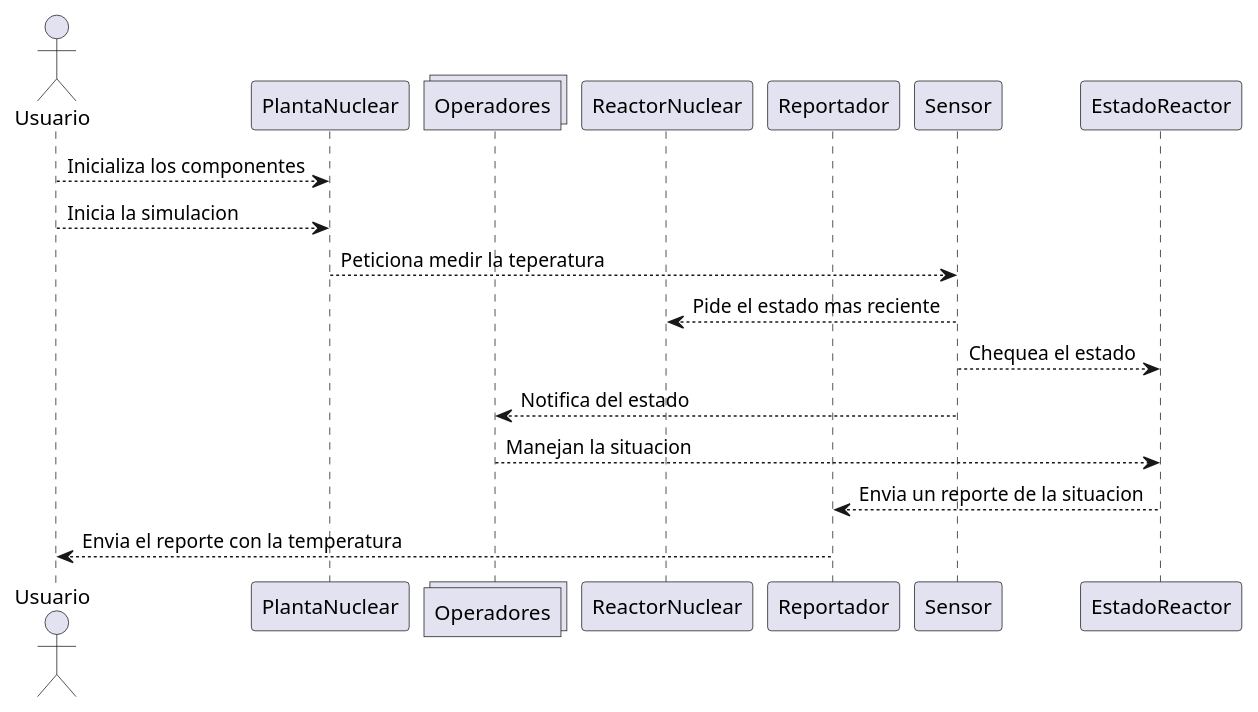
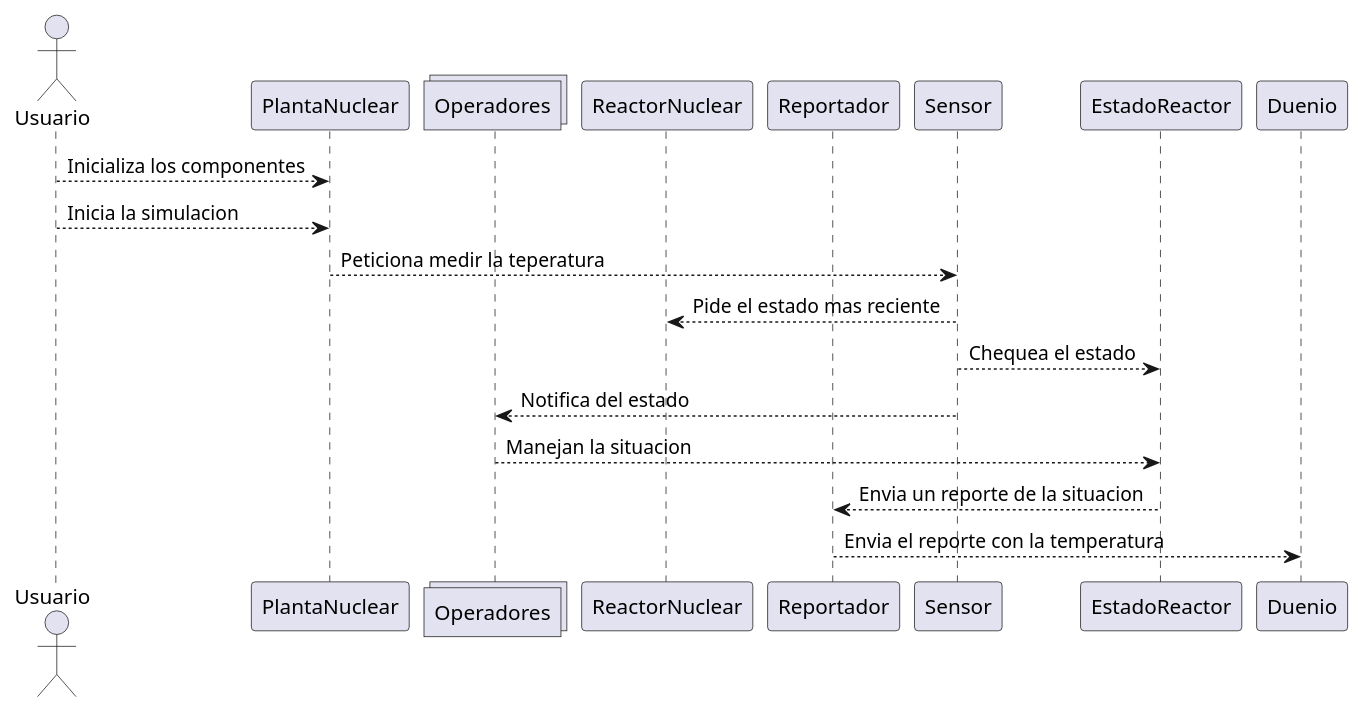
One commit to AndresRabbione/TPBackup changed the diagram in src/diagramas/diagrama_secuencia_temperatura_reactor.puml. Above: the diagram before and after it, drawn with PlantUML.

Commit message:
Corrigiendo el diagrama de secuencia de temperatura

```diff
--- a/src/diagramas/diagrama_secuencia_temperatura_reactor.puml
+++ b/src/diagramas/diagrama_secuencia_temperatura_reactor.puml
@@ -1,23 +1,23 @@
 @startuml
 
 actor Usuario
 participant PlantaNuclear
 collections Operadores
 participant ReactorNuclear
 participant Reportador
 participant Sensor
 participant EstadoReactor
 
 
 Usuario --> PlantaNuclear: Inicializa los componentes
 Usuario --> PlantaNuclear: Inicia la simulacion
 PlantaNuclear --> Sensor: Peticiona medir la teperatura
 Sensor --> ReactorNuclear: Pide el estado mas reciente
 Sensor --> EstadoReactor: Chequea el estado
 Sensor --> Operadores: Notifica del estado
 Operadores --> EstadoReactor: Manejan la situacion
 EstadoReactor --> Reportador: Envia un reporte de la situacion
-Reportador --> Usuario: Envia el reporte con la temperatura
+Reportador --> Duenio: Envia el reporte con la temperatura
 
 
 @enduml
```
